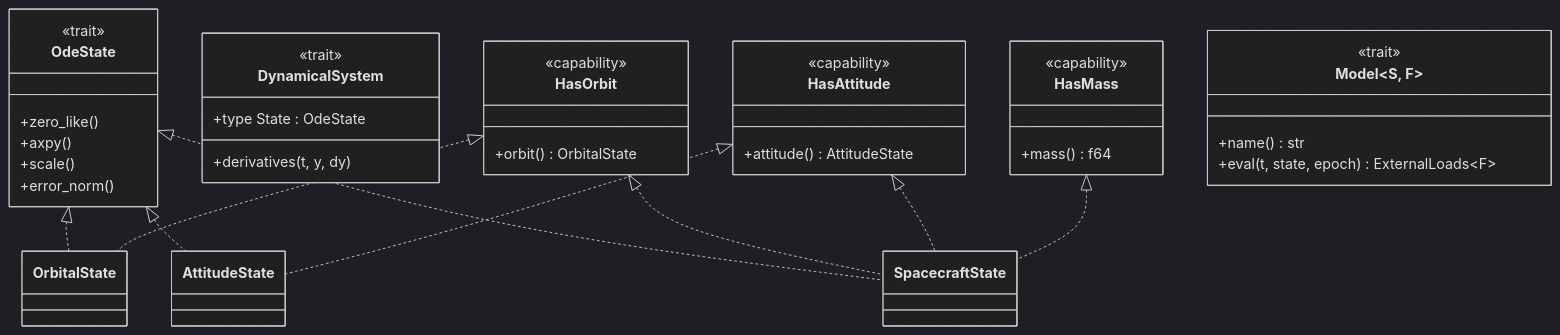
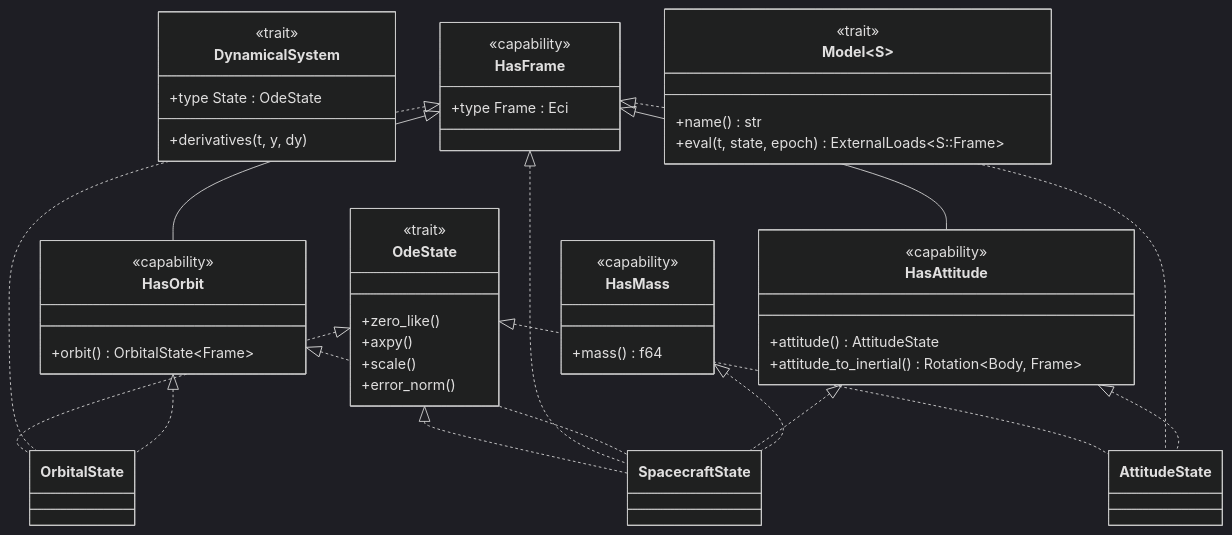
The second of 3 diagrams in ARCHITECTURE.ja.md (sksat/orts), drawn with Mermaid (dark theme) before and after one commit. The commit also changed other lines of this file and 3 other files, not shown here.

````diff
--- a/ARCHITECTURE.ja.md
+++ b/ARCHITECTURE.ja.md
@@ -58,44 +58,55 @@
 ```mermaid
 classDiagram
   class OdeState {
     <<trait>>
     +zero_like()
     +axpy()
     +scale()
     +error_norm()
   }
   class DynamicalSystem {
     <<trait>>
     +type State : OdeState
     +derivatives(t, y, dy)
   }
 
+  class HasFrame {
+    <<capability>>
+    +type Frame : Eci
+  }
   class HasOrbit {
     <<capability>>
-    +orbit() OrbitalState
+    +orbit() OrbitalState~Frame~
   }
   class HasAttitude {
     <<capability>>
     +attitude() AttitudeState
+    +attitude_to_inertial() Rotation~Body, Frame~
   }
   class HasMass {
     <<capability>>
     +mass() f64
   }
 
-  class Model~S, F~ {
+  class Model~S~ {
     <<trait>>
     +name() str
-    +eval(t, state, epoch) ExternalLoads~F~
+    +eval(t, state, epoch) ExternalLoads~S::Frame~
   }
 
   OdeState <|.. OrbitalState
   OdeState <|.. AttitudeState
   OdeState <|.. SpacecraftState
 
+  HasFrame <|-- HasOrbit
+  HasFrame <|-- HasAttitude
+
+  HasFrame <|.. OrbitalState
+  HasFrame <|.. AttitudeState
+  HasFrame <|.. SpacecraftState
   HasOrbit <|.. OrbitalState
   HasOrbit <|.. SpacecraftState
   HasAttitude <|.. AttitudeState
   HasAttitude <|.. SpacecraftState
   HasMass <|.. SpacecraftState
 ```
````
